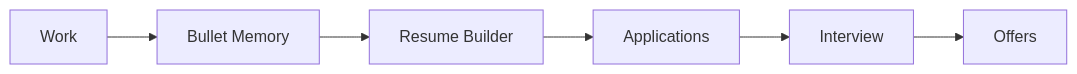
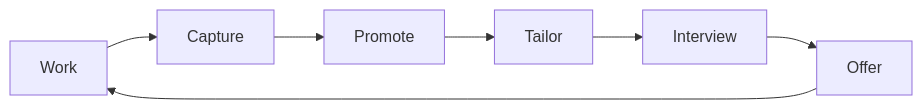
Before and after one commit to Acacia21-code/careerops: the first of 2 diagrams in README.md, drawn with Mermaid. The commit also changed other lines of this file, not shown here.

````diff
--- a/README.md
+++ b/README.md
@@ -84,10 +98,4 @@
 ```mermaid
 flowchart LR
-  work[Work]
-  memory[Bullet Memory]
-  resume[Resume Builder]
-  apps[Applications]
-  interview[Interview]
-  offers[Offers]
-  work --> memory --> resume --> apps --> interview --> offers
+  Work --> Capture --> Promote --> Tailor --> Interview --> Offer --> Work
 ```
````
